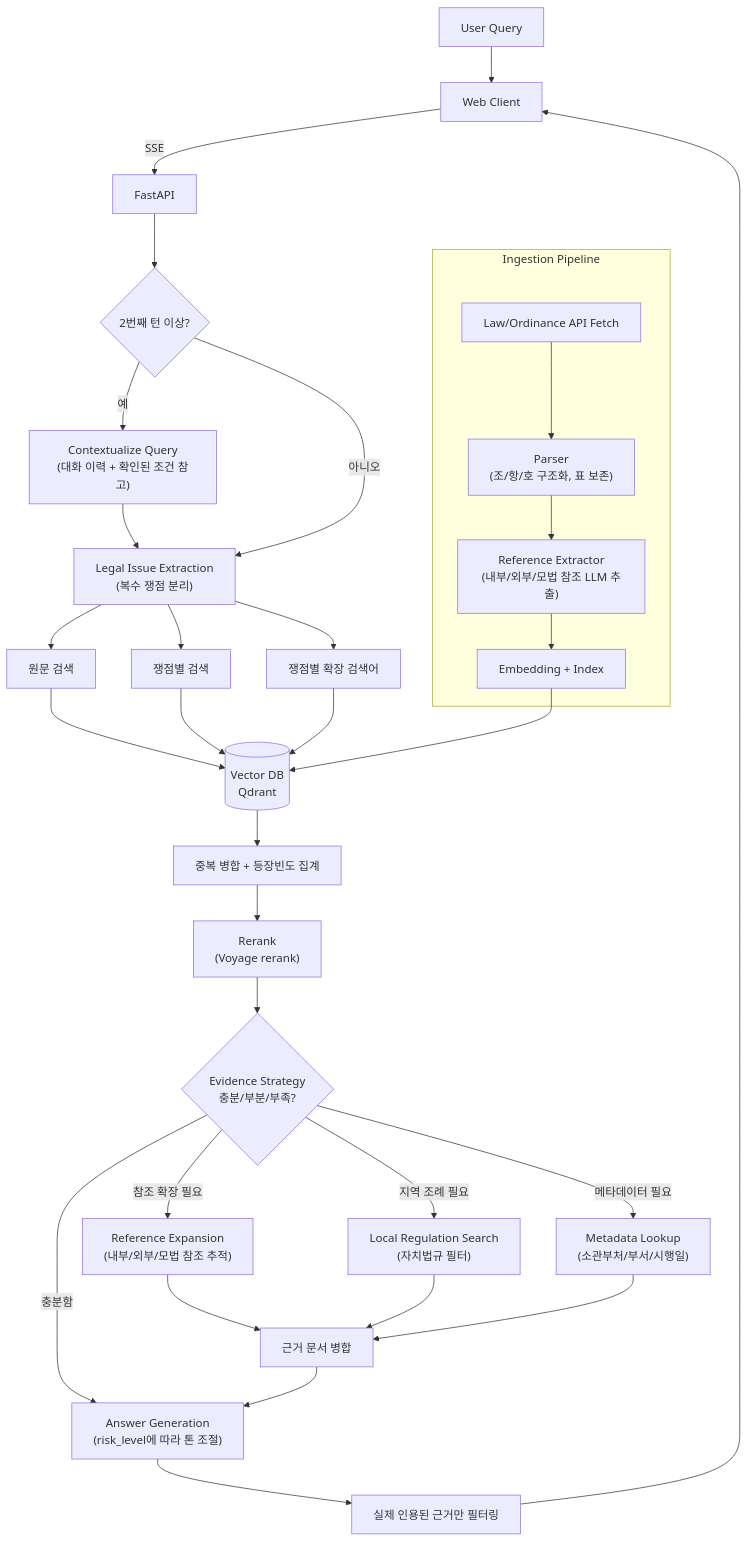
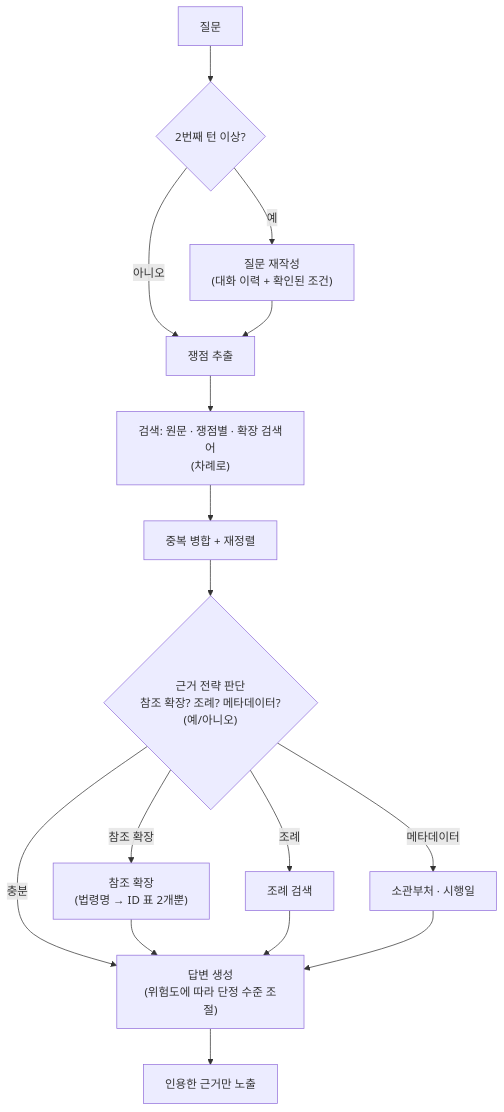
The second of 4 diagrams in README.md (Hongbi-Kim/GROUNDED_public), drawn with Mermaid before and after one commit. The commit also changed other lines of this file, not shown here.

Commit message:
Add v1/v2/v3 architecture diagrams with change highlights

````diff
--- a/README.md
+++ b/README.md
@@ -54,40 +71,18 @@
 ```mermaid
 flowchart TD
-    U[User Query] --> FE[Web Client]
-    FE -->|SSE| API[FastAPI]
-
-    API --> C0{2번째 턴 이상?}
-    C0 -->|예| CQ["Contextualize Query\n(대화 이력 + 확인된 조건 참고)"]
-    CQ --> IE
-    C0 -->|아니오| IE["Legal Issue Extraction\n(복수 쟁점 분리)"]
-
-    IE --> RET1["원문 검색"]
-    IE --> RET2["쟁점별 검색"]
-    IE --> RET3["쟁점별 확장 검색어"]
-    RET1 --> Q[(Vector DB\nQdrant)]
-    RET2 --> Q
-    RET3 --> Q
-    Q --> DEDUP["중복 병합 + 등장빈도 집계"]
-    DEDUP --> RR["Rerank\n(Voyage rerank)"]
-    RR --> PLAN{"Evidence Strategy\n충분/부분/부족?"}
-
-    PLAN -->|참조 확장 필요| REF["Reference Expansion\n(내부/외부/모법 참조 추적)"]
-    PLAN -->|지역 조례 필요| LOC["Local Regulation Search\n(자치법규 필터)"]
-    PLAN -->|메타데이터 필요| META["Metadata Lookup\n(소관부처/부서/시행일)"]
-    PLAN -->|충분함| GEN
-
-    REF --> MERGE["근거 문서 병합"]
-    LOC --> MERGE
-    META --> MERGE
-    MERGE --> GEN["Answer Generation\n(risk_level에 따라 톤 조절)"]
-    GEN --> FILT["실제 인용된 근거만 필터링"]
-    FILT --> FE
-
-    subgraph Ingestion Pipeline
-      R1[Law/Ordinance API Fetch] --> R2["Parser\n(조/항/호 구조화, 표 보존)"]
-      R2 --> R3["Reference Extractor\n(내부/외부/모법 참조 LLM 추출)"]
-      R3 --> R4[Embedding + Index]
-    end
-
-    R4 --> Q
+    U[질문] --> C0{2번째 턴 이상?}
+    C0 -->|예| CQ["질문 재작성<br/>(대화 이력 + 확인된 조건)"]
+    C0 -->|아니오| IE
+    CQ --> IE["쟁점 추출"]
+    IE --> S["검색: 원문 · 쟁점별 · 확장 검색어<br/>(차례로)"]
+    S --> RR["중복 병합 + 재정렬"]
+    RR --> PLAN{"근거 전략 판단<br/>참조 확장? 조례? 메타데이터?<br/>(예/아니오)"}
+    PLAN -->|참조 확장| REF["참조 확장<br/>(법령명 → ID 표 2개뿐)"]
+    PLAN -->|조례| LOC["조례 검색"]
+    PLAN -->|메타데이터| META["소관부처 · 시행일"]
+    PLAN -->|충분| GEN
+    REF --> GEN
+    LOC --> GEN
+    META --> GEN
+    GEN["답변 생성<br/>(위험도에 따라 단정 수준 조절)"] --> OUT["인용한 근거만 노출"]
 ```
````
